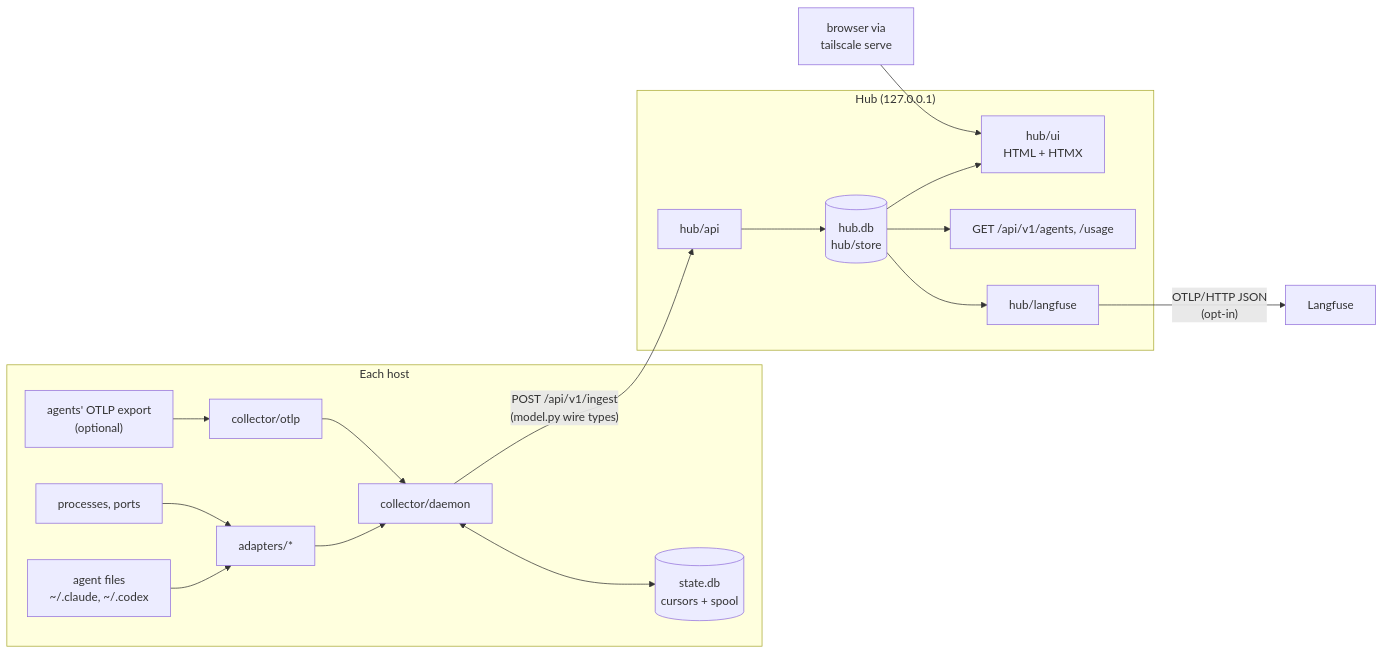
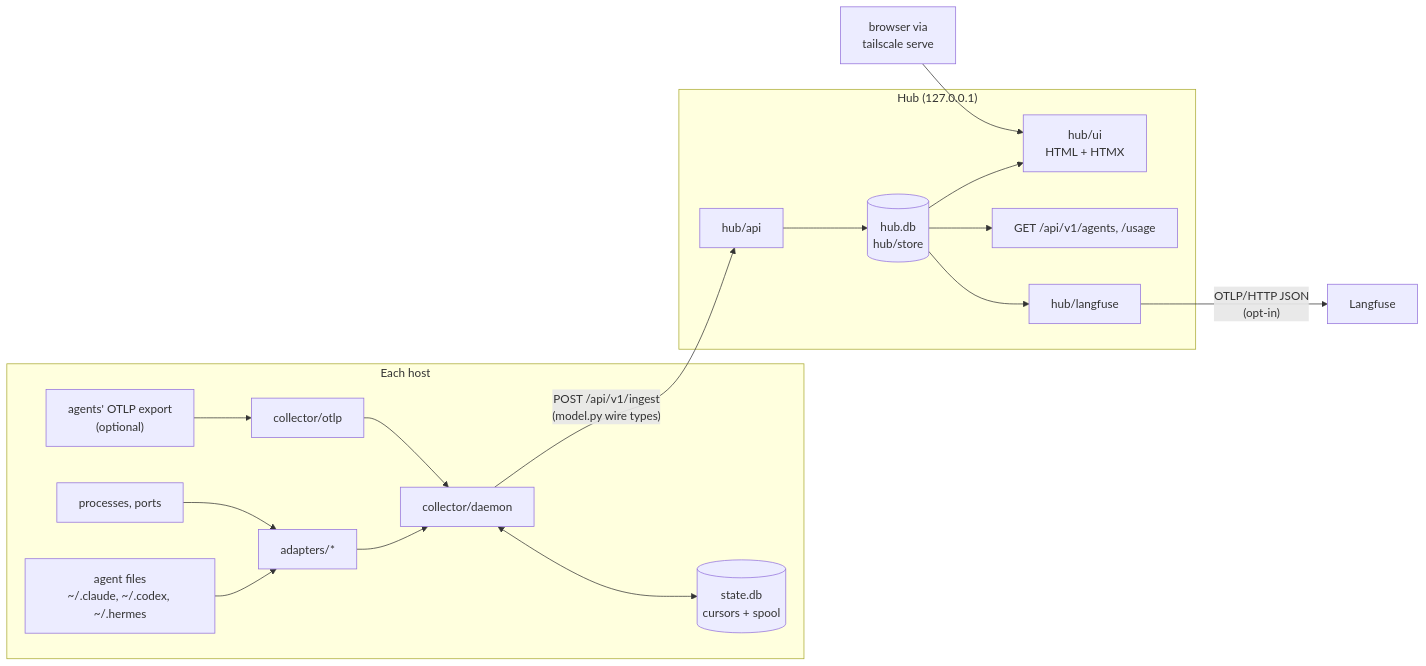
Before and after one commit to victorbonnet/openvigie: the diagram in docs/architecture.md, drawn with Mermaid. The commit also changed other lines of this file and 5 other files, not shown here.

First line of the commit message:
feat(adapters): detect Hermes gateways and profiles (FR-1, FR-2, FR-7) (#56) (#211)

````diff
--- a/docs/architecture.md
+++ b/docs/architecture.md
@@ -11,20 +11,20 @@
 ```mermaid
 flowchart LR
   subgraph host["Each host"]
-    files["agent files<br/>~/.claude, ~/.codex"] --> adapters
+    files["agent files<br/>~/.claude, ~/.codex, ~/.hermes"] --> adapters
     procs["processes, ports"] --> adapters
     otlpin["agents' OTLP export<br/>(optional)"] --> receiver["collector/otlp"]
     adapters["adapters/*"] --> collector["collector/daemon"]
     receiver --> collector
     collector <--> spool[("state.db<br/>cursors + spool")]
   end
   collector -- "POST /api/v1/ingest<br/>(model.py wire types)" --> api["hub/api"]
   subgraph hubbox["Hub (127.0.0.1)"]
     api --> store[("hub.db<br/>hub/store")]
     store --> ui["hub/ui<br/>HTML + HTMX"]
     store --> japi["GET /api/v1/agents, /usage"]
     store --> exporter["hub/langfuse"]
   end
   exporter -- "OTLP/HTTP JSON<br/>(opt-in)" --> langfuse["Langfuse"]
   browser["browser via<br/>tailscale serve"] --> ui
 ```
````
